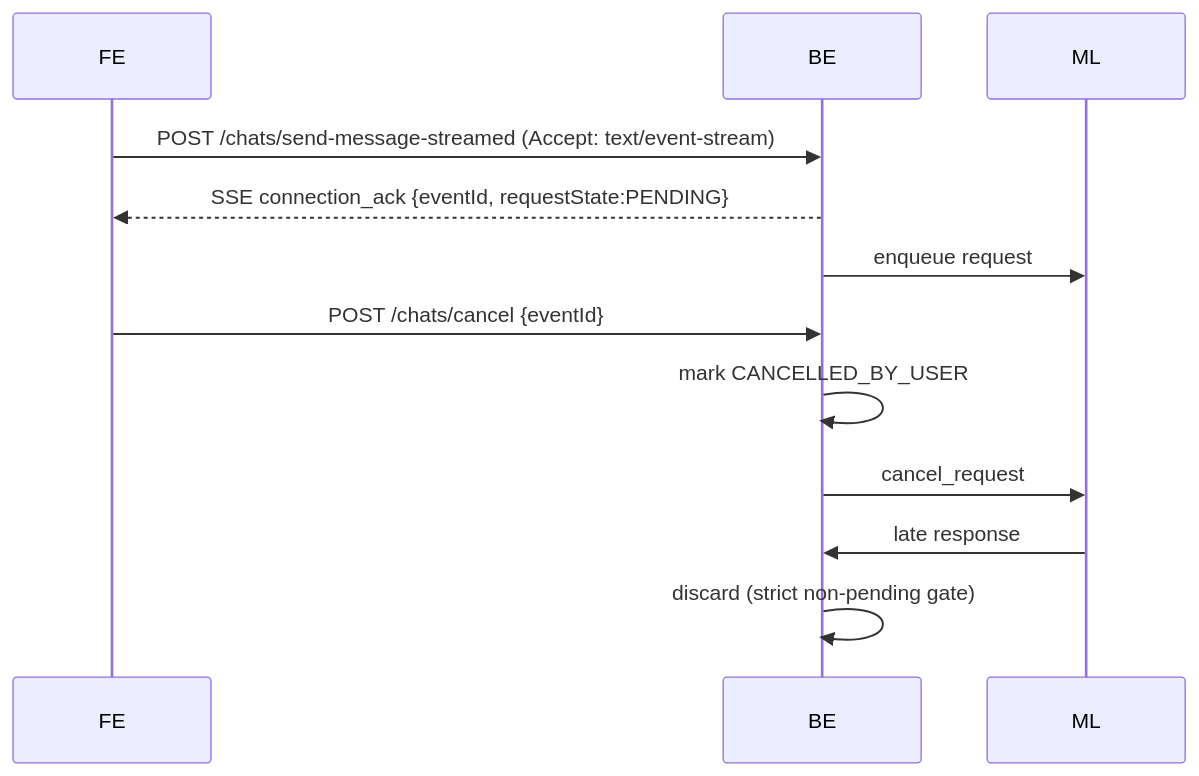
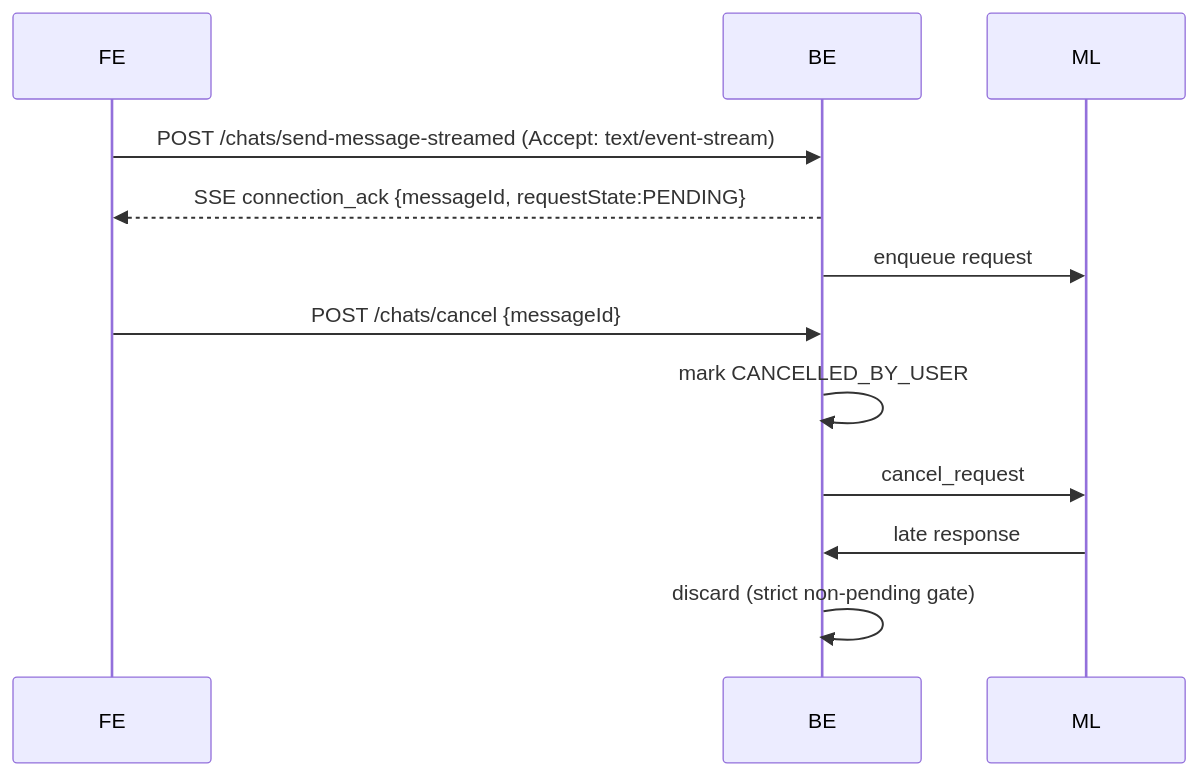
One commit to sachin-hg/chat-demo changed the third of 5 diagrams in chat_v1.md. Above: the diagram before and after it, drawn with Mermaid. The commit also changed other lines of this file and 12 other files, not shown here.

````diff
--- a/chat_v1.md
+++ b/chat_v1.md
@@ -522,18 +519,18 @@
 ```mermaid
 sequenceDiagram
     participant FE
     participant BE
     participant ML
 
     FE->>BE: POST /chats/send-message-streamed (Accept: text/event-stream)
-    BE-->>FE: SSE connection_ack {eventId, requestState:PENDING}
+    BE-->>FE: SSE connection_ack {messageId, requestState:PENDING}
     BE->>ML: enqueue request
 
-    FE->>BE: POST /chats/cancel {eventId}
+    FE->>BE: POST /chats/cancel {messageId}
     BE->>BE: mark CANCELLED_BY_USER
     BE->>ML: cancel_request
 
     ML->>BE: late response
     BE->>BE: discard (strict non-pending gate)
 
 ```
````
